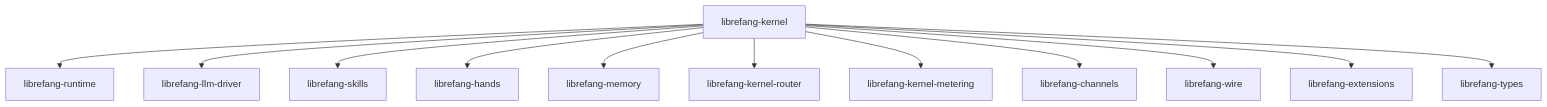
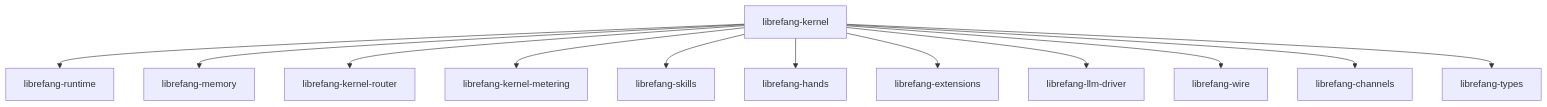
Before and after one commit to leszek3737/librefang-WIki: the diagram in other-librefang-kernel.md, drawn with Mermaid. The commit also changed other lines of this file and 118 other files, not shown here.

````diff
--- a/other-librefang-kernel.md
+++ b/other-librefang-kernel.md
@@ -11,14 +25,14 @@
 ```mermaid
 graph TD
-    K[librefang-kernel] --> R[librefang-runtime]
-    K --> LD[librefang-llm-driver]
+    K[librefang-kernel] --> RT[librefang-runtime]
+    K --> MEM[librefang-memory]
+    K --> RTR[librefang-kernel-router]
+    K --> MET[librefang-kernel-metering]
     K --> SK[librefang-skills]
     K --> H[librefang-hands]
-    K --> M[librefang-memory]
-    K --> KR[librefang-kernel-router]
-    K --> KM[librefang-kernel-metering]
+    K --> EXT[librefang-extensions]
+    K --> LLM[librefang-llm-driver]
+    K --> W[librefang-wire]
     K --> CH[librefang-channels]
-    K --> W[librefang-wire]
-    K --> E[librefang-extensions]
     K --> T[librefang-types]
 ```
````
